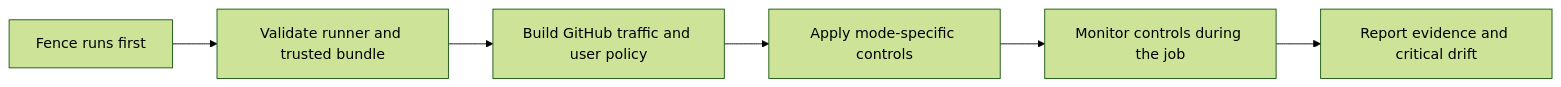
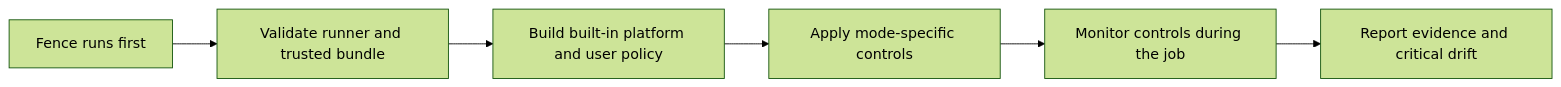
One commit to openai/fence changed the diagram in README.md. Above: the diagram before and after it, drawn with Mermaid (forest theme). The commit also changed other lines of this file and 7 other files, not shown here.

````diff
--- a/README.md
+++ b/README.md
@@ -127,8 +127,8 @@
 ```mermaid
 flowchart LR
     start["Fence runs first"] --> verify["Validate runner and trusted bundle"]
-    verify --> policy["Build GitHub traffic and user policy"]
+    verify --> policy["Build built-in platform and user policy"]
     policy --> controls["Apply mode-specific controls"]
     controls --> monitor["Monitor controls during the job"]
     monitor --> report["Report evidence and critical drift"]
 ```
````
